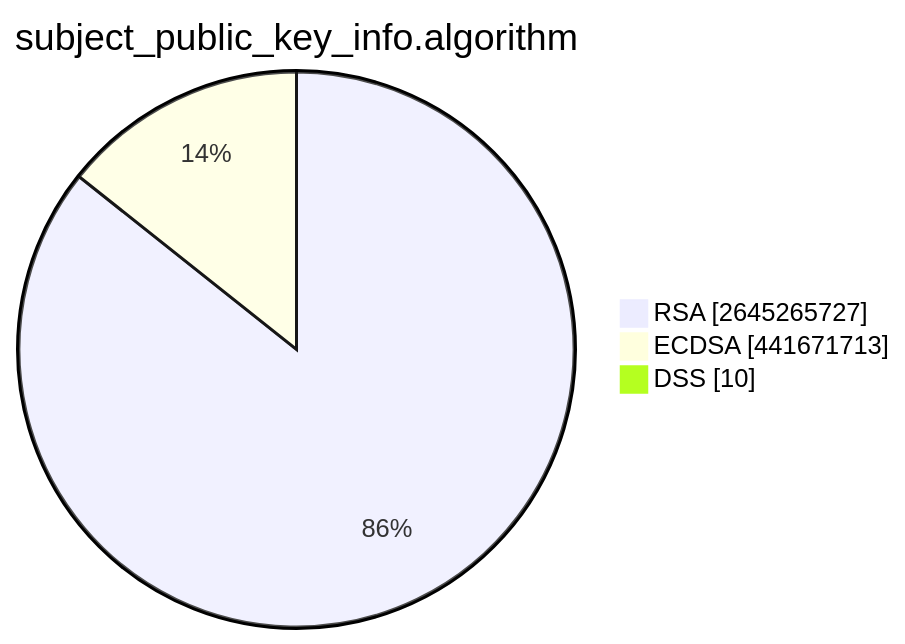
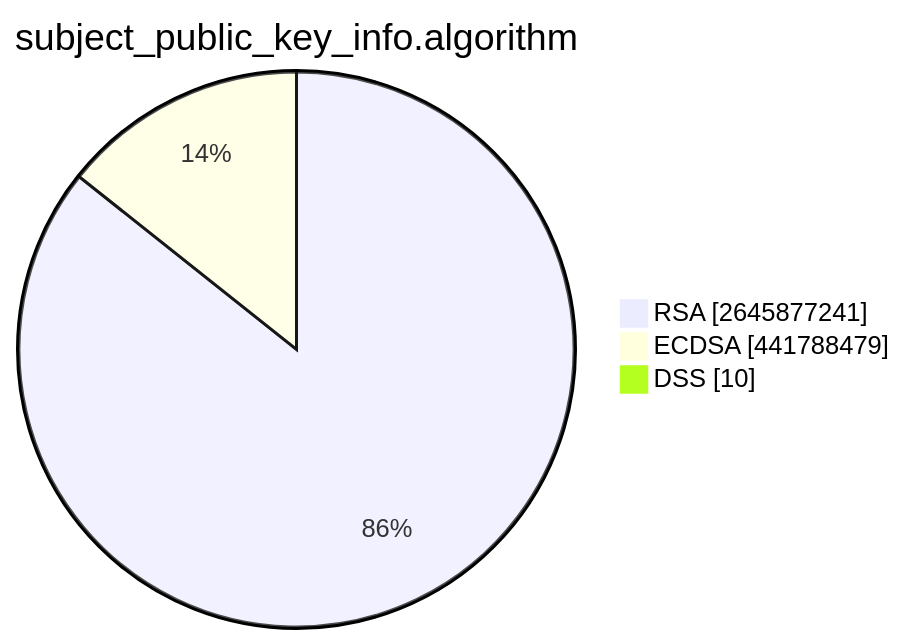
Before and after one commit to christiankrug/ctmonitor_visualization: the second of 15 diagrams in TOTAL/README.md, drawn with Mermaid. The commit also changed other lines of this file, not shown here.

````diff
--- a/TOTAL/README.md
+++ b/TOTAL/README.md
@@ -6,7 +6,7 @@
 ```mermaid
 pie showData
 title subject_public_key_info.algorithm
-"RSA" :2645265727
-"ECDSA" :441671713
+"RSA" :2645877241
+"ECDSA" :441788479
 "DSS" :10
 ```
````
